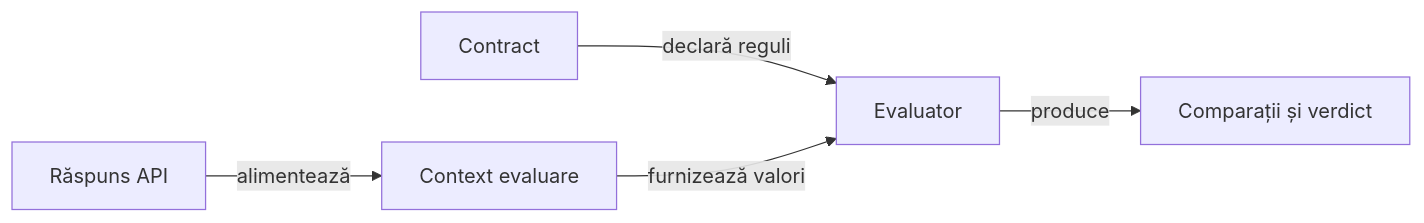
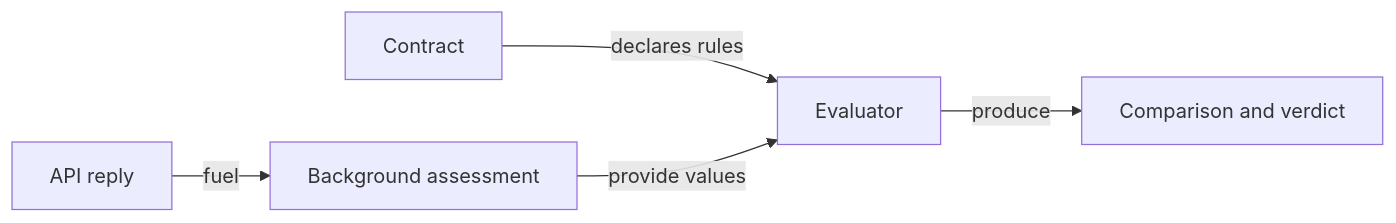
The diagram in atf-validation/README.md (crististefanita/atf_j4), drawn with Mermaid before and after one commit. The commit also changed other lines of this file and 122 other files, not shown here.

````diff
--- a/atf-validation/README.md
+++ b/atf-validation/README.md
@@ -11,7 +11,7 @@
 ```mermaid
 flowchart LR
-    BODY[Răspuns API] -->|alimentează| CONTEXT[Context evaluare]
-    RULES[Contract] -->|declară reguli| EVAL[Evaluator]
-    CONTEXT -->|furnizează valori| EVAL
-    EVAL -->|produce| RESULT[Comparații și verdict]
+    BODY[API reply] -->|fuel| CONTEXT[Background assessment]
+    RULES[Contract] -->|declares rules| EVAL[Evaluator]
+    CONTEXT -->|provide values| EVAL
+    EVAL -->|produce| RESULT[Comparison and verdict]
 ```
````
